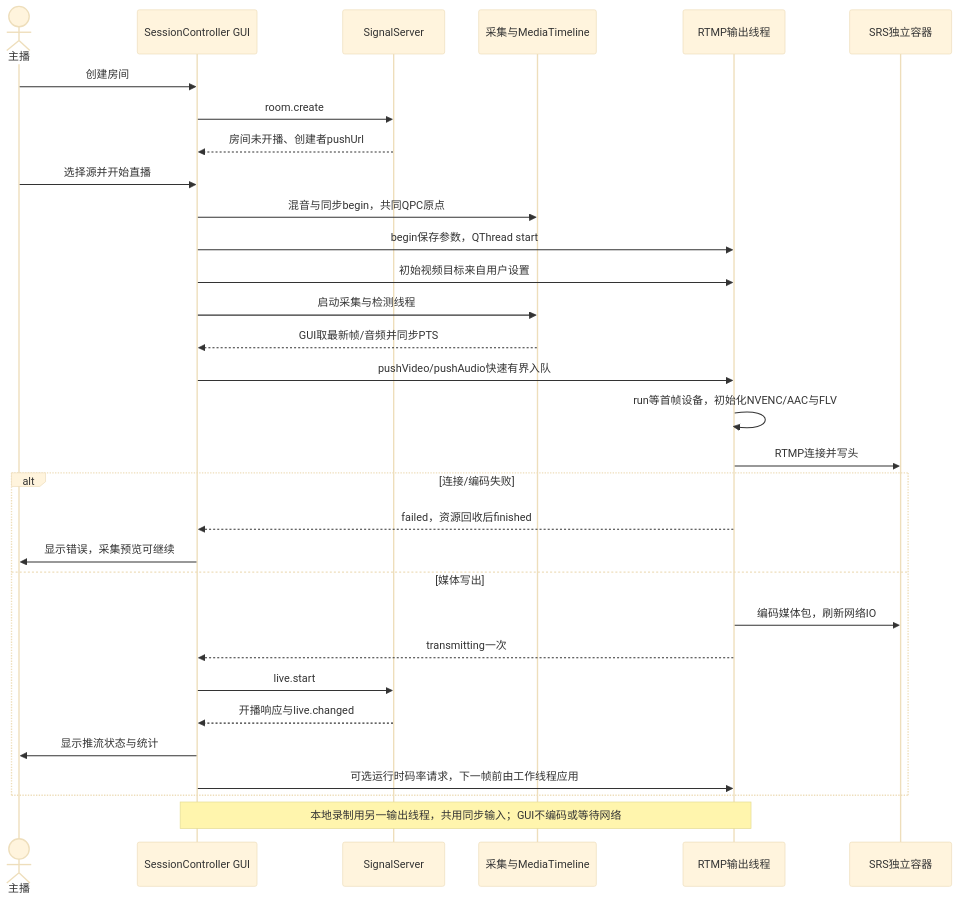
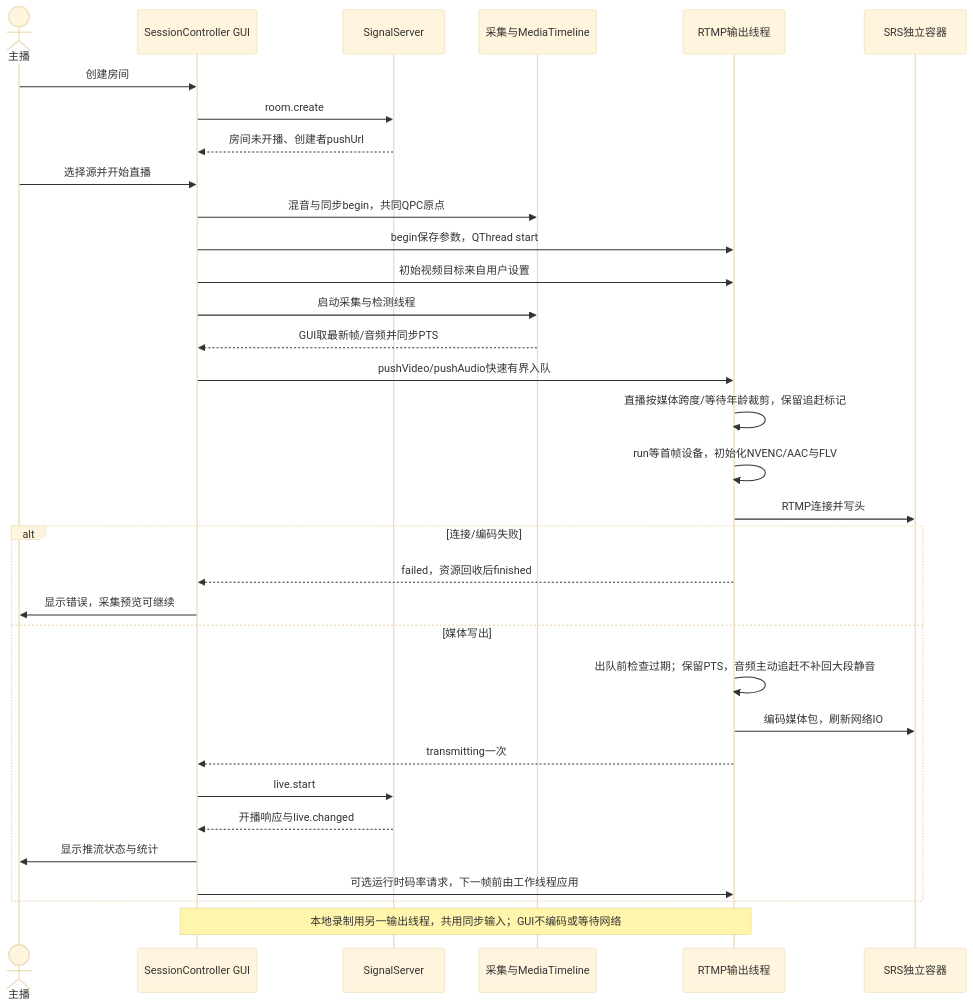
One commit to kingsman-svg/OBS changed the diagram in docs/uml/live-publish.mmd. Above: the diagram before and after it, drawn with Mermaid (base theme). The commit also changed 23 other files, not shown here.

```diff
--- a/docs/uml/live-publish.mmd
+++ b/docs/uml/live-publish.mmd
@@ -1,31 +1,33 @@
 sequenceDiagram
 actor U as 主播
 participant C as SessionController GUI
 participant S as SignalServer
 participant T as 采集与MediaTimeline
 participant P as RTMP输出线程
 participant R as SRS独立容器
 U->>C: 创建房间
 C->>S: room.create
 S-->>C: 房间未开播、创建者pushUrl
 U->>C: 选择源并开始直播
 C->>T: 混音与同步begin，共同QPC原点
 C->>P: begin保存参数，QThread start
 C->>P: 初始视频目标来自用户设置
 C->>T: 启动采集与检测线程
 T-->>C: GUI取最新帧/音频并同步PTS
 C->>P: pushVideo/pushAudio快速有界入队
+P->>P: 直播按媒体跨度/等待年龄裁剪，保留追赶标记
 P->>P: run等首帧设备，初始化NVENC/AAC与FLV
 P->>R: RTMP连接并写头
 alt 连接/编码失败
 P-->>C: failed，资源回收后finished
 C->>U: 显示错误，采集预览可继续
 else 媒体写出
+P->>P: 出队前检查过期；保留PTS，音频主动追赶不补回大段静音
 P->>R: 编码媒体包，刷新网络IO
 P-->>C: transmitting一次
 C->>S: live.start
 S-->>C: 开播响应与live.changed
 C->>U: 显示推流状态与统计
 C->>P: 可选运行时码率请求，下一帧前由工作线程应用
 end
 Note over C,P: 本地录制用另一输出线程，共用同步输入；GUI不编码或等待网络
```
